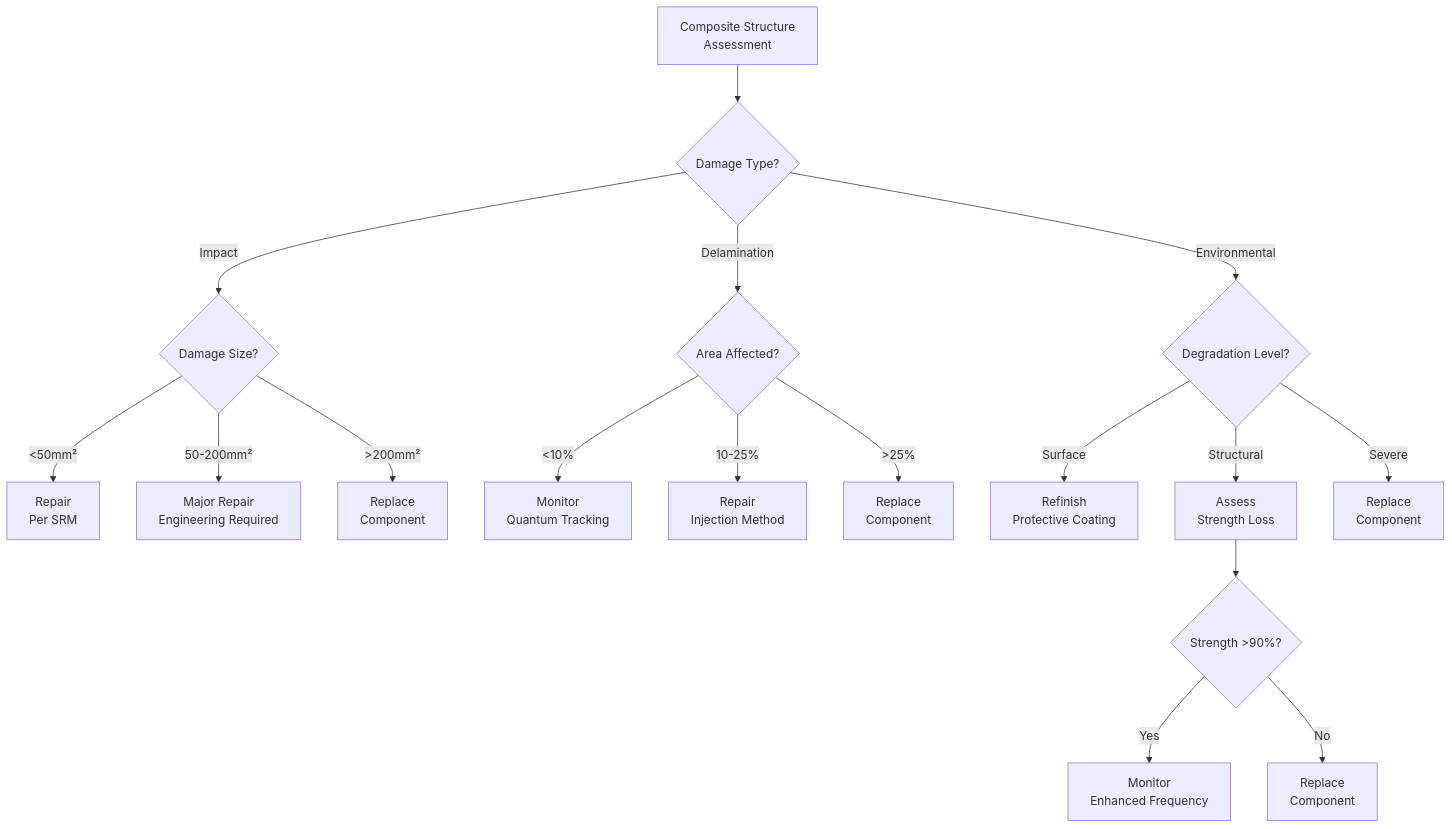
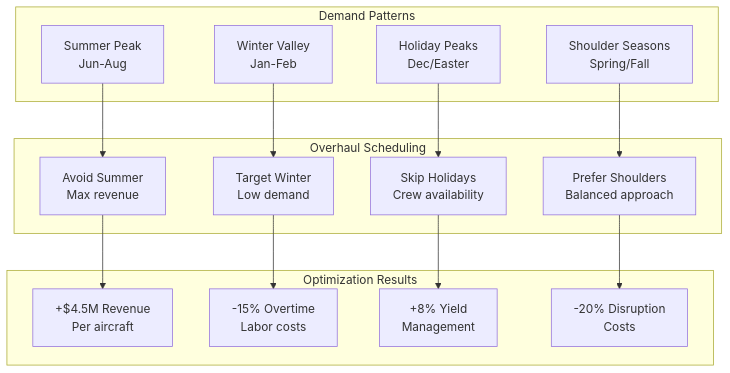
The fourth of 7 diagrams in Q-AIR/fleet/AMPEL360/BWBQ100/docs/ATA-chapters/ATA-05-TimeLimits/ 05-10-00-00-TimeLimits/05-10-10-00-LifeLimits/05-10-20-00-ServiceLife/ schedules/05-10-20-01-01-OverhaulSchedule.md (Robbbo-T/GAIA-QAO-ADVENT), drawn with Mermaid before and after one commit. The commit also changed other lines of this file, not shown here.

````diff
--- a/Q-AIR/fleet/AMPEL360/BWBQ100/docs/ATA-chapters/ATA-05-TimeLimits/ 05-10-00-00-TimeLimits/05-10-10-00-LifeLimits/05-10-20-00-ServiceLife/ schedules/05-10-20-01-01-OverhaulSchedule.md
+++ b/Q-AIR/fleet/AMPEL360/BWBQ100/docs/ATA-chapters/ATA-05-TimeLimits/ 05-10-00-00-TimeLimits/05-10-10-00-LifeLimits/05-10-20-00-ServiceLife/ schedules/05-10-20-01-01-OverhaulSchedule.md
@@ -388,26 +535,28 @@
 ```mermaid
 graph TD
-    Start[Composite Structure<br/>Assessment]
+    subgraph "Demand Patterns"
+        DP1[Summer Peak<br/>Jun-Aug]
+        DP2[Winter Valley<br/>Jan-Feb]
+        DP3[Holiday Peaks<br/>Dec/Easter]
+        DP4[Shoulder Seasons<br/>Spring/Fall]
+    end
     
-    Start --> D1{Damage Type?}
+    subgraph "Overhaul Scheduling"
+        OS1[Avoid Summer<br/>Max revenue]
+        OS2[Target Winter<br/>Low demand]
+        OS3[Skip Holidays<br/>Crew availability]
+        OS4[Prefer Shoulders<br/>Balanced approach]
+    end
     
-    D1 -->|Impact| D2{Damage Size?}
-    D1 -->|Delamination| D3{Area Affected?}
-    D1 -->|Environmental| D4{Degradation Level?}
+    subgraph "Optimization Results"
+        OR1[+$4.5M Revenue<br/>Per aircraft]
+        OR2[-15% Overtime<br/>Labor costs]
+        OR3[+8% Yield<br/>Management]
+        OR4[-20% Disruption<br/>Costs]
+    end
     
-    D2 -->|<50mm²| R1[Repair<br/>Per SRM]
-    D2 -->|50-200mm²| R2[Major Repair<br/>Engineering Required]
-    D2 -->|>200mm²| R3[Replace<br/>Component]
-    
-    D3 -->|<10%| R4[Monitor<br/>Quantum Tracking]
-    D3 -->|10-25%| R5[Repair<br/>Injection Method]
-    D3 -->|>25%| R6[Replace<br/>Component]
-    
-    D4 -->|Surface| R7[Refinish<br/>Protective Coating]
-    D4 -->|Structural| R8[Assess<br/>Strength Loss]
-    D4 -->|Severe| R9[Replace<br/>Component]
-    
-    R8 --> D5{Strength >90%?}
-    D5 -->|Yes| R10[Monitor<br/>Enhanced Frequency]
-    D5 -->|No| R11[Replace<br/>Component]
+    DP1 --> OS1 --> OR1
+    DP2 --> OS2 --> OR2
+    DP3 --> OS3 --> OR3
+    DP4 --> OS4 --> OR4
 ```
````
